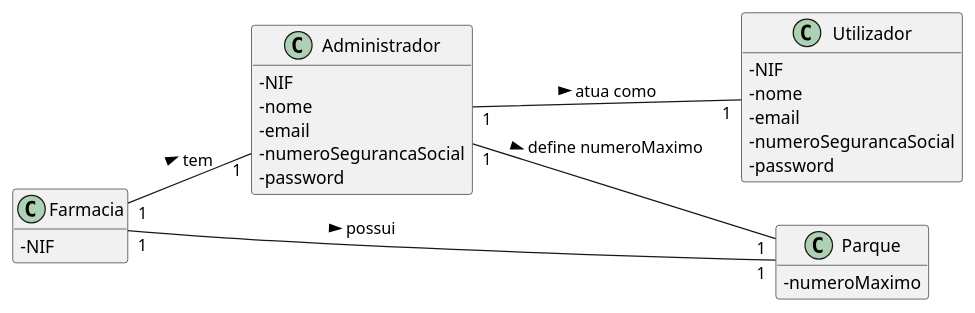
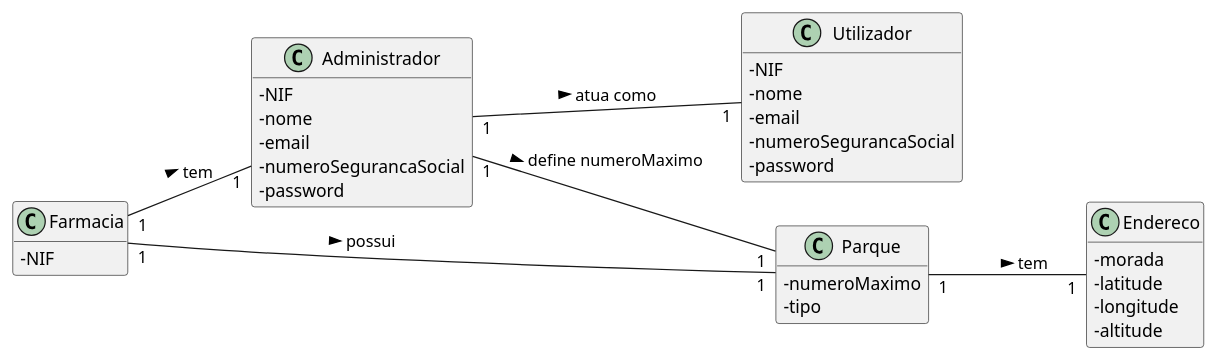
The diagram in docs/UC128/MD-REGISTAR FARMACIA.puml (pedrolemos4/LAPR3), drawn with PlantUML before and after one commit. The commit also changed 3 other files, not shown here.

```diff
--- a/docs/UC128/MD-REGISTAR FARMACIA.puml
+++ b/docs/UC128/MD-REGISTAR FARMACIA.puml
@@ -1,35 +1,44 @@
 @startuml
 skinparam classAttributeIconSize 0
 hide methods
 left to right direction
 
 class Farmacia {
   -NIF
 }
 
 class Utilizador {
   -NIF
   -nome
   -email
   -numeroSegurancaSocial
   -password
 }
 
 class Administrador {
   -NIF
   -nome
   -email
   -numeroSegurancaSocial
   -password
 }
 
+class Endereco {
+  -morada
+  -latitude
+  -longitude
+  -altitude
+}
+
 class Parque {
   -numeroMaximo
+  -tipo
 }
 
 Administrador "1" -- "1" Utilizador: atua como >
 Administrador "1" -- "1" Parque: define numeroMaximo >
 Farmacia "1" -- "1" Parque: possui >
+Parque "1" -- "1" Endereco: tem >
 Farmacia "1" -- "1" Administrador: tem >
 
 @enduml
```
